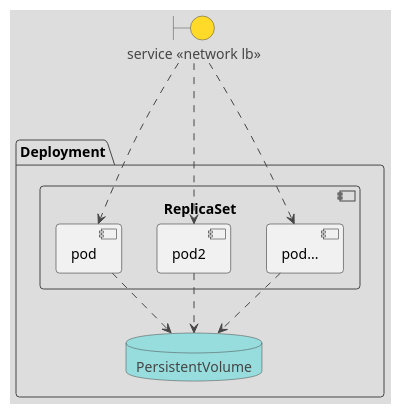
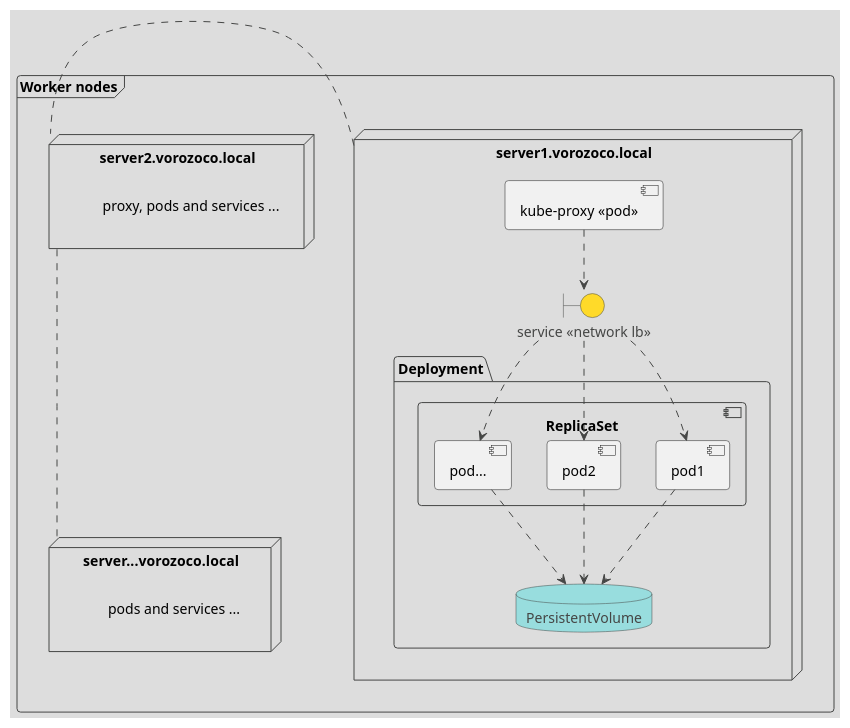
One commit to tuxtor/kubernetes-con-dibujitos changed the diagram in diagram.puml. Above: the diagram before and after it, drawn with PlantUML.

Commit message:
Worker nodes

```diff
--- a/diagram.puml
+++ b/diagram.puml
@@ -1,31 +1,53 @@
 @startuml
 !theme toy
+
+frame workernodes as "Worker nodes"{
+node server1 as "server1.vorozoco.local"{
 
 package Deployment {
 
 
      component rs as "ReplicaSet"{
     
-        component pod
+        component pod1
 
         component pod2 
 
         component pod3 as "pod..."
 
         
     }
 
     database PersistentVolume as "PersistentVolume"
 }
 
 boundary service as "service <<network lb>>"
 
-service ...> pod
-service ...> pod2
-service ...> pod3
+component kubeproxy1 as "kube-proxy <<pod>>"
+}
 
-pod ..> PersistentVolume
+node server2 as "server2.vorozoco.local"{
+    label "proxy, pods and services ..."
+}
+
+node servern as "server...vorozoco.local"{
+    label "pods and services ..."
+}
+service ..> pod1
+service ..> pod2
+service ..> pod3
+
+pod1 ..> PersistentVolume
 pod2 ..> PersistentVolume
 pod3 ..> PersistentVolume
 
+server1 ...right.. server2
+server2 ..down.. servern
+
+kubeproxy1 ..> service
+
+}
+
+
+
 @enduml
```
